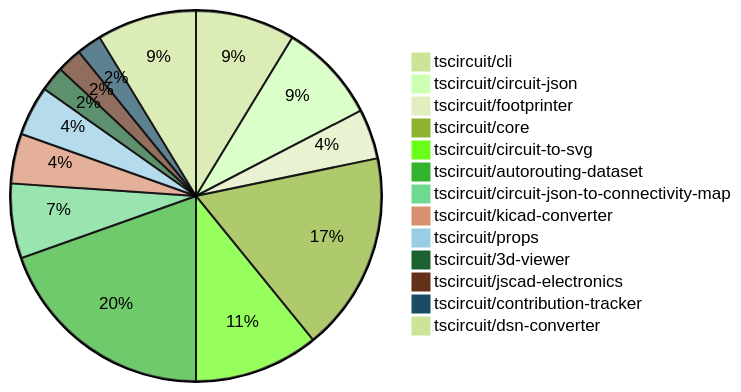
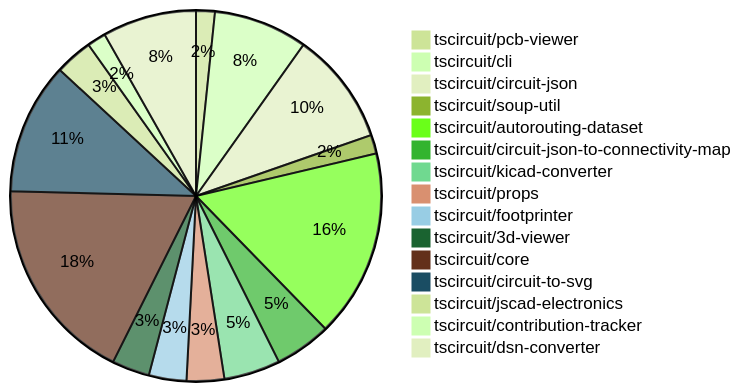
One commit to tscircuit/contribution-tracker changed the diagram in README.md. Above: the diagram before and after it, drawn with Mermaid (forest theme). The commit also changed other lines of this file and 1 other file, not shown here.

````diff
--- a/README.md
+++ b/README.md
@@ -24,16 +24,18 @@
 ```mermaid
 pie
-    "tscircuit/cli" : 4
-    "tscircuit/circuit-json" : 4
+    "tscircuit/pcb-viewer" : 1
+    "tscircuit/cli" : 5
+    "tscircuit/circuit-json" : 6
+    "tscircuit/soup-util" : 1
+    "tscircuit/autorouting-dataset" : 10
+    "tscircuit/circuit-json-to-connectivity-map" : 3
+    "tscircuit/kicad-converter" : 3
+    "tscircuit/props" : 2
     "tscircuit/footprinter" : 2
-    "tscircuit/core" : 8
-    "tscircuit/circuit-to-svg" : 5
-    "tscircuit/autorouting-dataset" : 9
-    "tscircuit/circuit-json-to-connectivity-map" : 3
-    "tscircuit/kicad-converter" : 2
-    "tscircuit/props" : 2
-    "tscircuit/3d-viewer" : 1
-    "tscircuit/jscad-electronics" : 1
+    "tscircuit/3d-viewer" : 2
+    "tscircuit/core" : 11
+    "tscircuit/circuit-to-svg" : 7
+    "tscircuit/jscad-electronics" : 2
     "tscircuit/contribution-tracker" : 1
-    "tscircuit/dsn-converter" : 4
+    "tscircuit/dsn-converter" : 5
 ```
````
